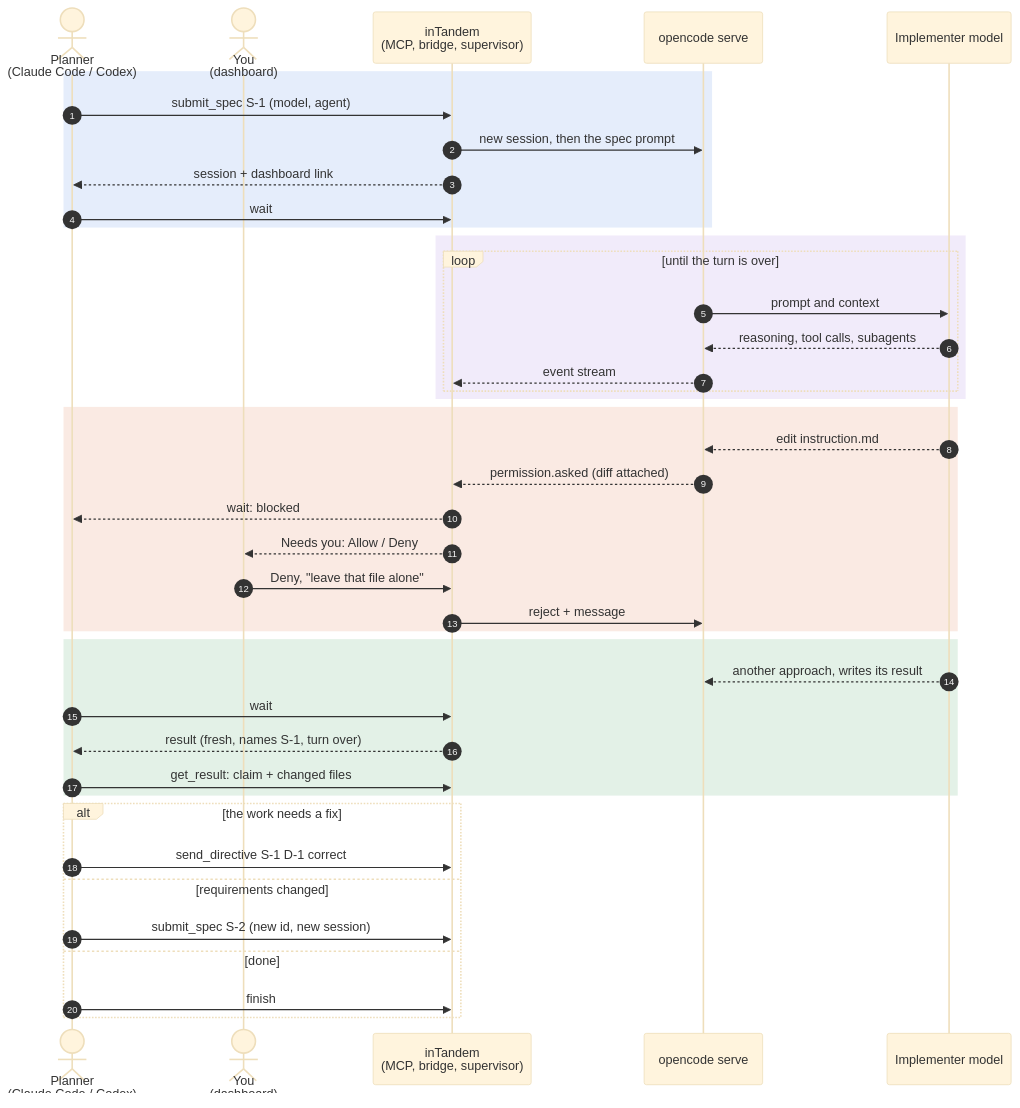
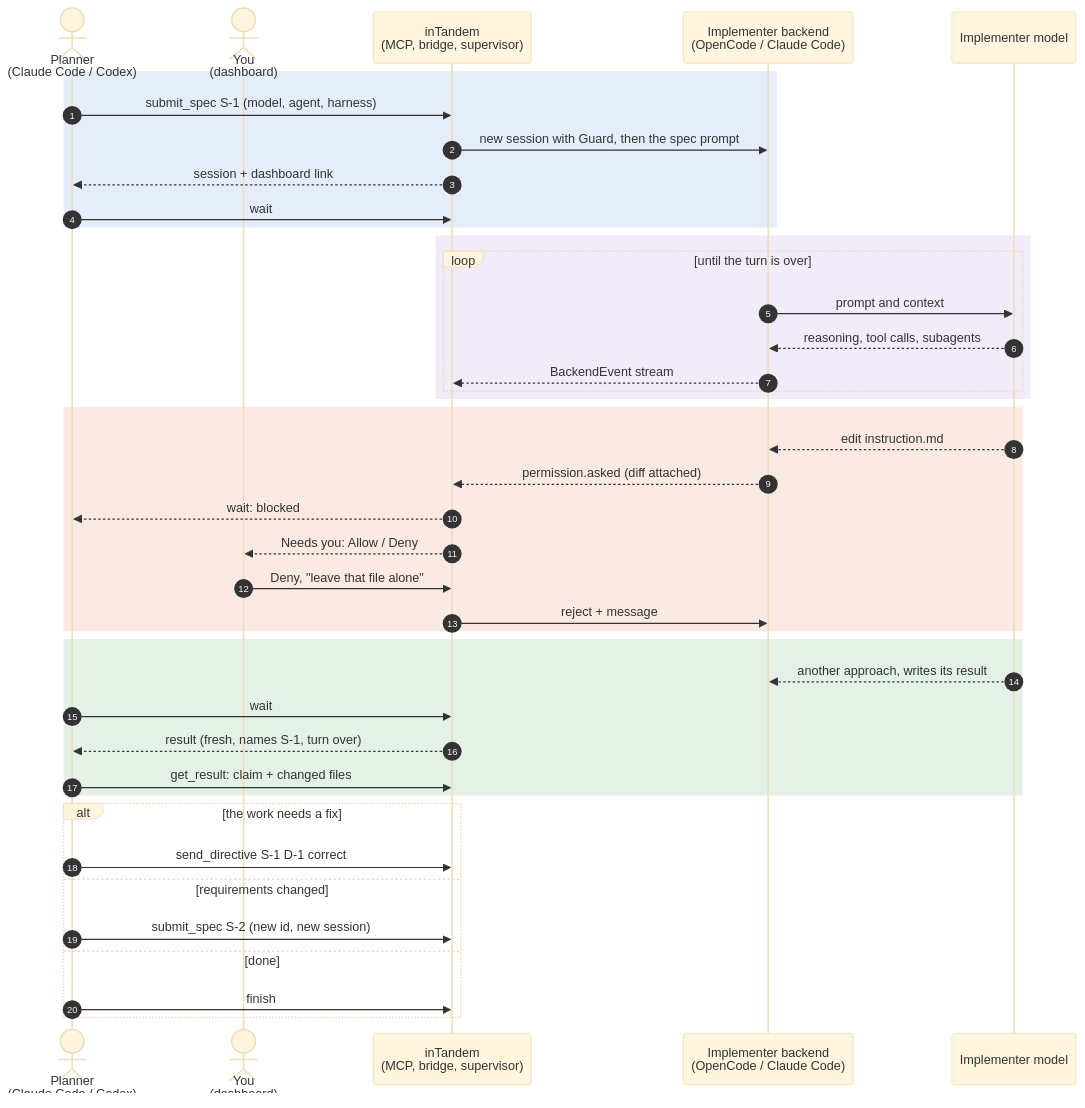
The diagram in docs/architecture.md (mumoj/inTandem), drawn with Mermaid (base theme) before and after one commit. The commit also changed other lines of this file and 6 other files, not shown here.

Commit message:
docs: rewrite documentation for multi-backend architecture and add Claude integration test

````diff
--- a/docs/architecture.md
+++ b/docs/architecture.md
@@ -17,48 +17,48 @@
 ```mermaid
 sequenceDiagram
     autonumber
     actor P as Planner<br/>(Claude Code / Codex)
     actor H as You<br/>(dashboard)
     participant T as inTandem<br/>(MCP, bridge, supervisor)
-    participant O as opencode serve
+    participant B as Implementer backend<br/>(OpenCode / Claude Code)
     participant M as Implementer model
 
     rect rgba(47, 111, 219, 0.12)
-    P->>T: submit_spec S-1 (model, agent)
-    T->>O: new session, then the spec prompt
+    P->>T: submit_spec S-1 (model, agent, harness)
+    T->>B: new session with Guard, then the spec prompt
     T-->>P: session + dashboard link
     P->>T: wait
     end
 
     rect rgba(138, 92, 214, 0.12)
     loop until the turn is over
-        O->>M: prompt and context
-        M-->>O: reasoning, tool calls, subagents
-        O-->>T: event stream
+        B->>M: prompt and context
+        M-->>B: reasoning, tool calls, subagents
+        B-->>T: BackendEvent stream
     end
     end
 
     rect rgba(209, 80, 31, 0.12)
-    M-->>O: edit instruction.md
-    O-->>T: permission.asked (diff attached)
+    M-->>B: edit instruction.md
+    B-->>T: permission.asked (diff attached)
     T-->>P: wait: blocked
     T-->>H: Needs you: Allow / Deny
     H->>T: Deny, "leave that file alone"
-    T->>O: reject + message
+    T->>B: reject + message
     end
 
     rect rgba(31, 138, 59, 0.12)
-    M-->>O: another approach, writes its result
+    M-->>B: another approach, writes its result
     P->>T: wait
     T-->>P: result (fresh, names S-1, turn over)
     P->>T: get_result: claim + changed files
     end
 
     alt the work needs a fix
         P->>T: send_directive S-1 D-1 correct
     else requirements changed
         P->>T: submit_spec S-2 (new id, new session)
     else done
         P->>T: finish
     end
 ```
````
